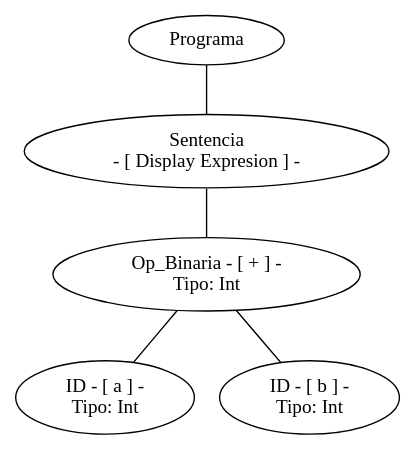
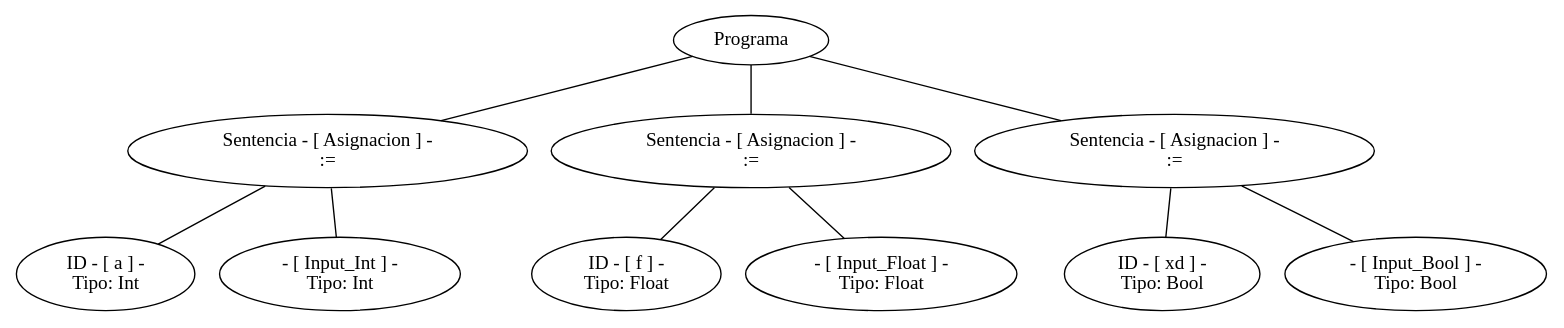
Before and after one commit to SantiPerez17/Compiladores: the diagram in arbol.dot, drawn with Graphviz. The commit also changed 27 other files, not shown here.

```diff
--- a/arbol.dot
+++ b/arbol.dot
@@ -1,14 +1,29 @@
 graph G {nodo_programa[label="Programa"]
-nodo_813239062[label="Sentencia
- - [ Display Expresion ] -"]
-nodo_programa--nodo_813239062
-nodo_1815674630[label=" Op_Binaria - [ + ] - 
+nodo_1156641835[label="Sentencia - [ Asignacion ] -
+ :="]
+nodo_programa--nodo_1156641835
+nodo_895183079[label=" ID - [ a ] - 
  Tipo: Int"]
-nodo_813239062--nodo_1815674630
-nodo_1775156878[label=" ID - [ a ] - 
+nodo_1156641835--nodo_895183079
+nodo_1172452287[label="- [ Input_Int ] - 
  Tipo: Int"]
-nodo_1815674630--nodo_1775156878
-nodo_1335105062[label=" ID - [ b ] - 
- Tipo: Int"]
-nodo_1815674630--nodo_1335105062
+nodo_1156641835--nodo_1172452287
+nodo_666536690[label="Sentencia - [ Asignacion ] -
+ :="]
+nodo_programa--nodo_666536690
+nodo_880151237[label=" ID - [ f ] - 
+ Tipo: Float"]
+nodo_666536690--nodo_880151237
+nodo_1832467683[label="- [ Input_Float ] - 
+ Tipo: Float"]
+nodo_666536690--nodo_1832467683
+nodo_597093207[label="Sentencia - [ Asignacion ] -
+ :="]
+nodo_programa--nodo_597093207
+nodo_1700537914[label=" ID - [ xd ] - 
+ Tipo: Bool"]
+nodo_597093207--nodo_1700537914
+nodo_1351091886[label="- [ Input_Bool ] - 
+ Tipo: Bool"]
+nodo_597093207--nodo_1351091886
 }
```
